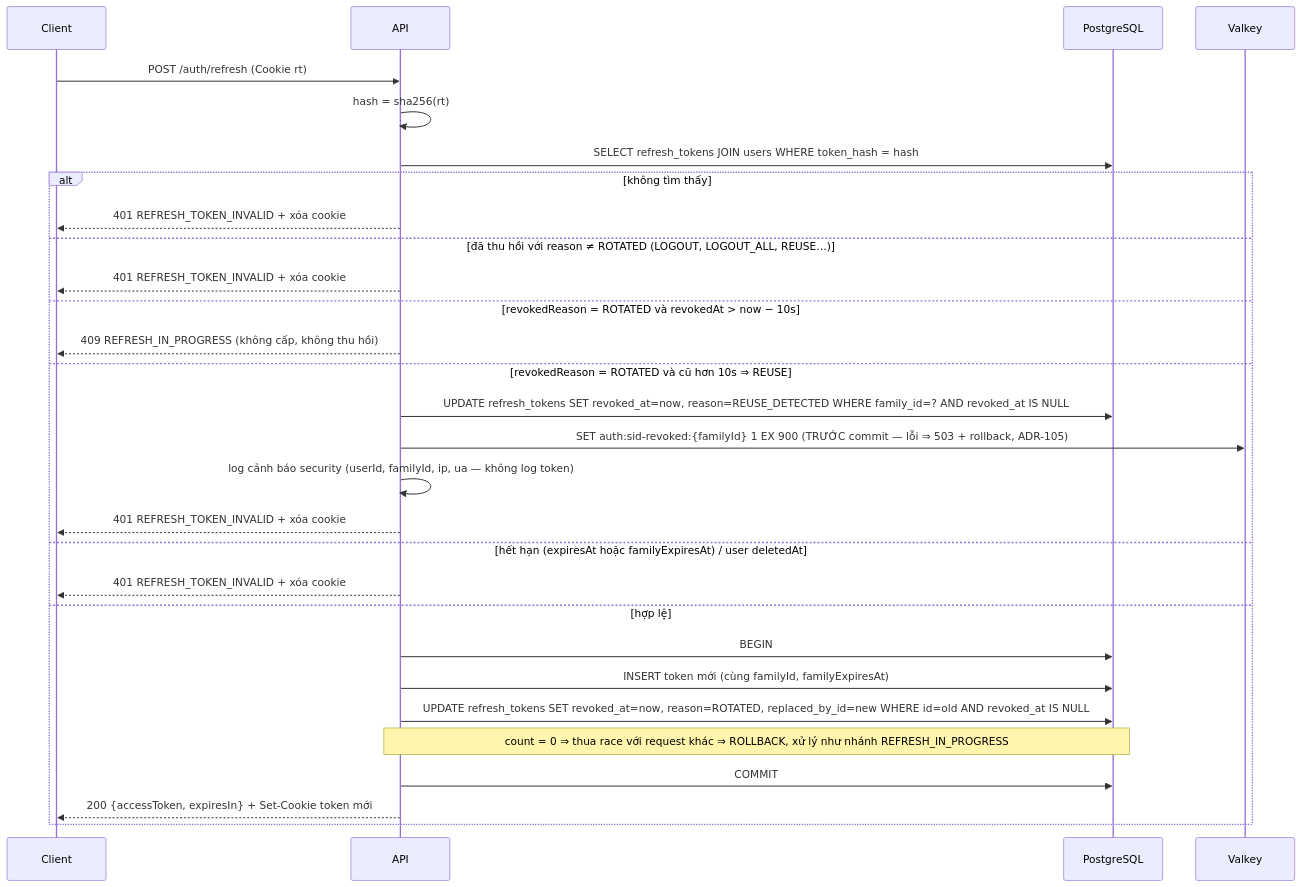
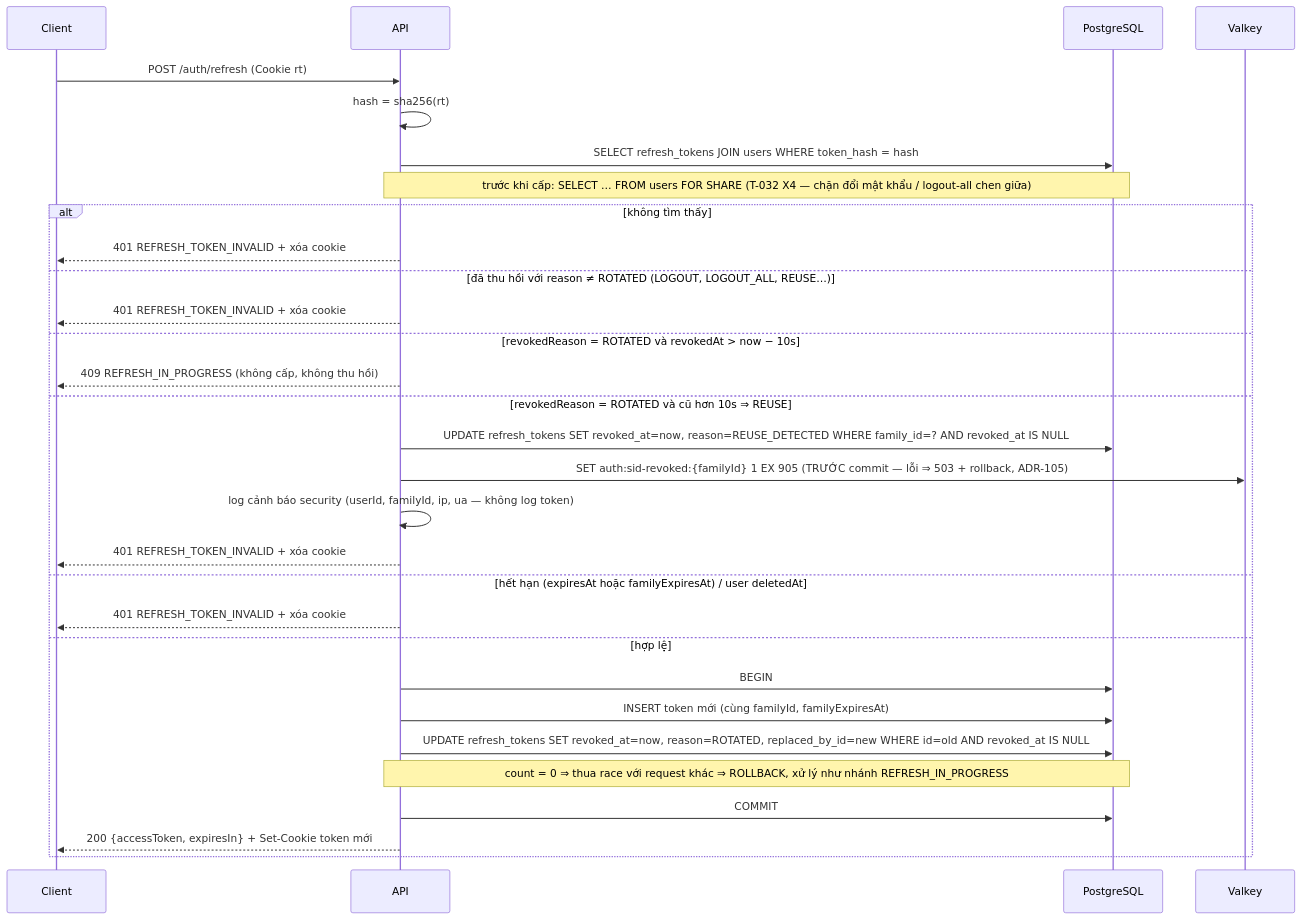
The second of 2 diagrams in docs/design/security.md (Nguyentuananh2112/taskflow-enterprise), drawn with Mermaid before and after one commit. The commit also changed other lines of this file, not shown here.

````diff
--- a/docs/design/security.md
+++ b/docs/design/security.md
@@ -78,31 +78,32 @@
 ```mermaid
 sequenceDiagram
   participant C as Client
   participant A as API
   participant DB as PostgreSQL
   participant R as Valkey
   C->>A: POST /auth/refresh (Cookie rt)
   A->>A: hash = sha256(rt)
   A->>DB: SELECT refresh_tokens JOIN users WHERE token_hash = hash
+  Note over A,DB: trước khi cấp: SELECT … FROM users FOR SHARE (T-032 X4 — chặn đổi mật khẩu / logout-all chen giữa)
   alt không tìm thấy
     A-->>C: 401 REFRESH_TOKEN_INVALID + xóa cookie
   else đã thu hồi với reason ≠ ROTATED (LOGOUT, LOGOUT_ALL, REUSE…)
     A-->>C: 401 REFRESH_TOKEN_INVALID + xóa cookie
   else revokedReason = ROTATED và revokedAt > now − 10s
     A-->>C: 409 REFRESH_IN_PROGRESS (không cấp, không thu hồi)
   else revokedReason = ROTATED và cũ hơn 10s  ⇒ REUSE
     A->>DB: UPDATE refresh_tokens SET revoked_at=now, reason=REUSE_DETECTED WHERE family_id=? AND revoked_at IS NULL
-    A->>R: SET auth:sid-revoked:{familyId} 1 EX 900 (TRƯỚC commit — lỗi ⇒ 503 + rollback, ADR-105)
+    A->>R: SET auth:sid-revoked:{familyId} 1 EX 905 (TRƯỚC commit — lỗi ⇒ 503 + rollback, ADR-105)
     A->>A: log cảnh báo security (userId, familyId, ip, ua — không log token)
     A-->>C: 401 REFRESH_TOKEN_INVALID + xóa cookie
   else hết hạn (expiresAt hoặc familyExpiresAt) / user deletedAt
     A-->>C: 401 REFRESH_TOKEN_INVALID + xóa cookie
   else hợp lệ
     A->>DB: BEGIN
     A->>DB: INSERT token mới (cùng familyId, familyExpiresAt)
     A->>DB: UPDATE refresh_tokens SET revoked_at=now, reason=ROTATED, replaced_by_id=new WHERE id=old AND revoked_at IS NULL
     Note over A,DB: count = 0 ⇒ thua race với request khác ⇒ ROLLBACK, xử lý như nhánh REFRESH_IN_PROGRESS
     A->>DB: COMMIT
     A-->>C: 200 {accessToken, expiresIn} + Set-Cookie token mới
   end
 ```
````
